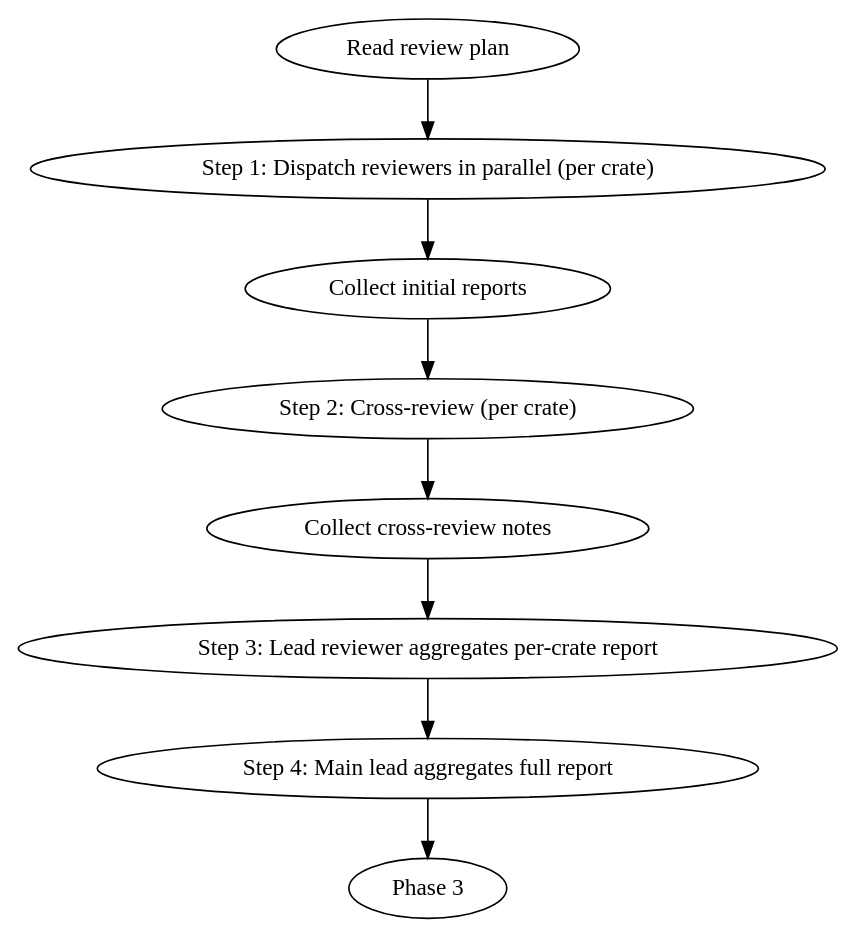
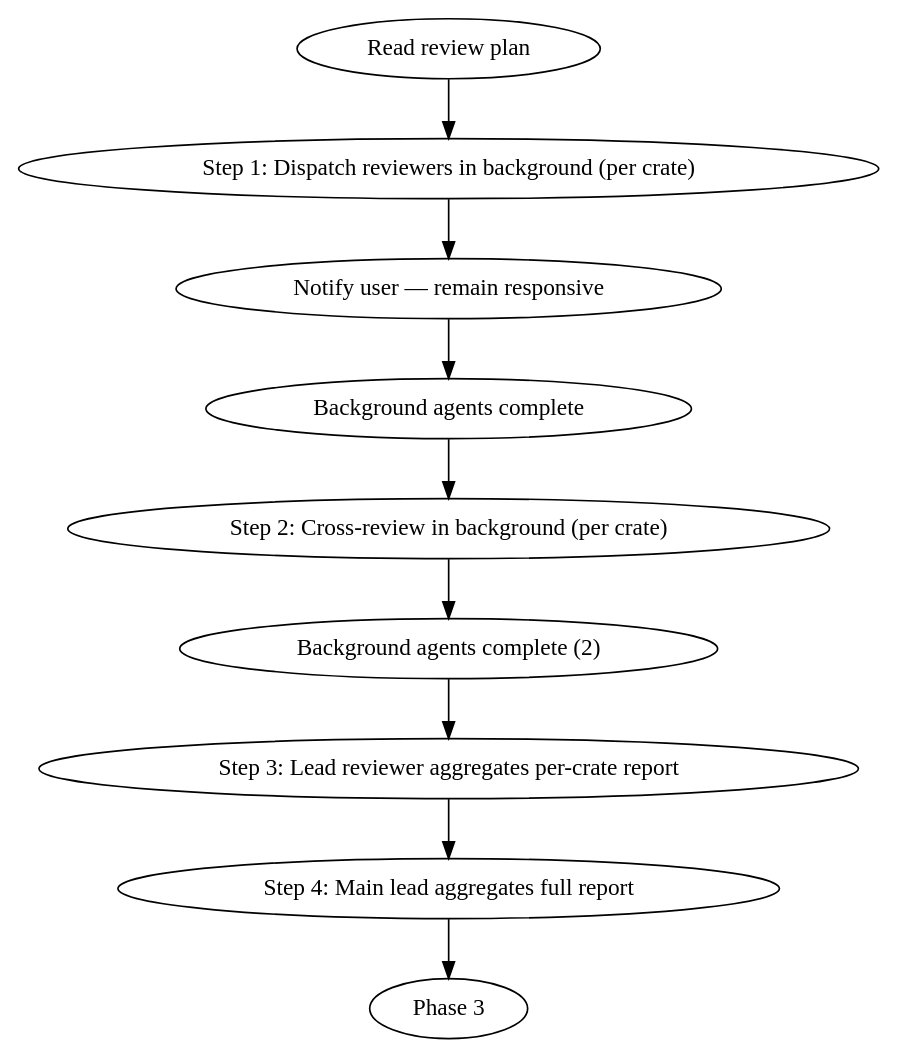
One commit to QuEraComputing/kirin changed the second of 3 diagrams in skills/triage-review/SKILL.md. Above: the diagram before and after it, drawn with Graphviz. The commit also changed other lines of this file, not shown here.

First line of the commit message:
feat(skills): triage-review uses background agents and agent teams

````diff
--- a/skills/triage-review/SKILL.md
+++ b/skills/triage-review/SKILL.md
@@ -101,11 +101,12 @@
 ```dot
 digraph phase2 {
-    "Read review plan" -> "Step 1: Dispatch reviewers in parallel (per crate)";
-    "Step 1: Dispatch reviewers in parallel (per crate)" -> "Collect initial reports";
-    "Collect initial reports" -> "Step 2: Cross-review (per crate)";
-    "Step 2: Cross-review (per crate)" -> "Collect cross-review notes";
-    "Collect cross-review notes" -> "Step 3: Lead reviewer aggregates per-crate report";
+    "Read review plan" -> "Step 1: Dispatch reviewers in background (per crate)";
+    "Step 1: Dispatch reviewers in background (per crate)" -> "Notify user — remain responsive";
+    "Notify user — remain responsive" -> "Background agents complete";
+    "Background agents complete" -> "Step 2: Cross-review in background (per crate)";
+    "Step 2: Cross-review in background (per crate)" -> "Background agents complete (2)";
+    "Background agents complete (2)" -> "Step 3: Lead reviewer aggregates per-crate report";
     "Step 3: Lead reviewer aggregates per-crate report" -> "Step 4: Main lead aggregates full report";
     "Step 4: Main lead aggregates full report" -> "Phase 3";
 }
 ```
````
